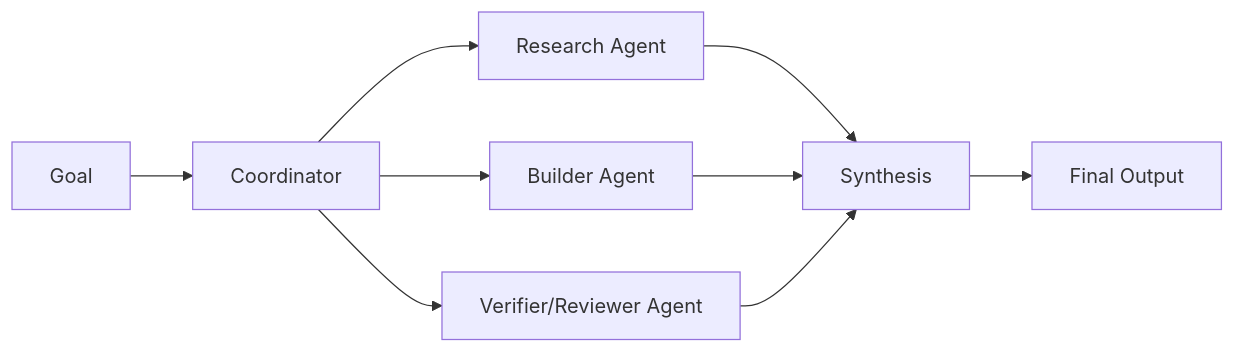
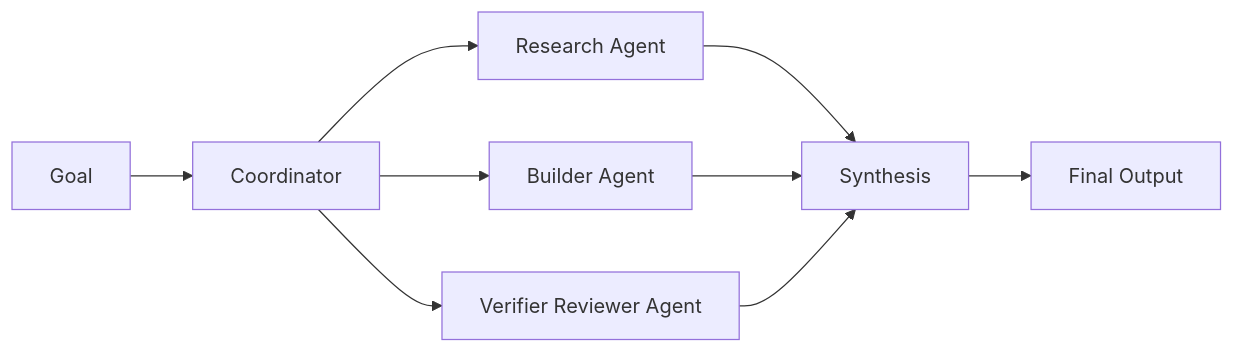
The seventh of 21 diagrams in Agentic_Design_Patterns_21_Patterns_Guide.md (tonyjosephsebastians/AI-Design-patterns), drawn with Mermaid before and after one commit. The commit also changed other lines of this file, not shown here.

````diff
--- a/Agentic_Design_Patterns_21_Patterns_Guide.md
+++ b/Agentic_Design_Patterns_21_Patterns_Guide.md
@@ -271,11 +271,11 @@
 ```mermaid
 flowchart LR
 G[Goal] --> C[Coordinator]
 C --> R[Research Agent]
 C --> B[Builder Agent]
-C --> V[Verifier/Reviewer Agent]
+C --> V[Verifier Reviewer Agent]
 R --> S[Synthesis]
 B --> S
 V --> S
 S --> O[Final Output]
 ```
````
